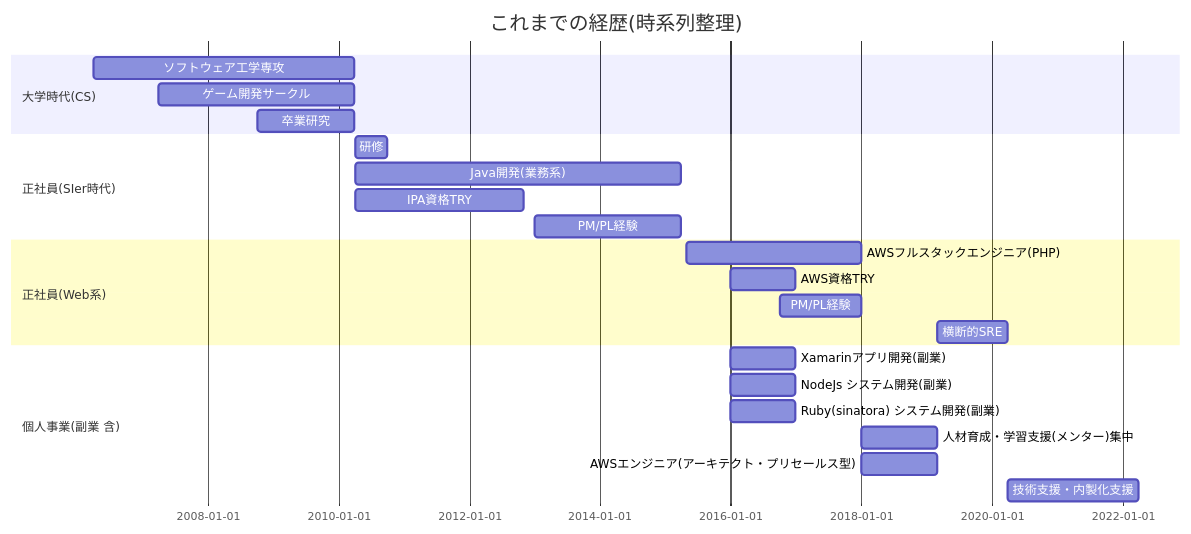
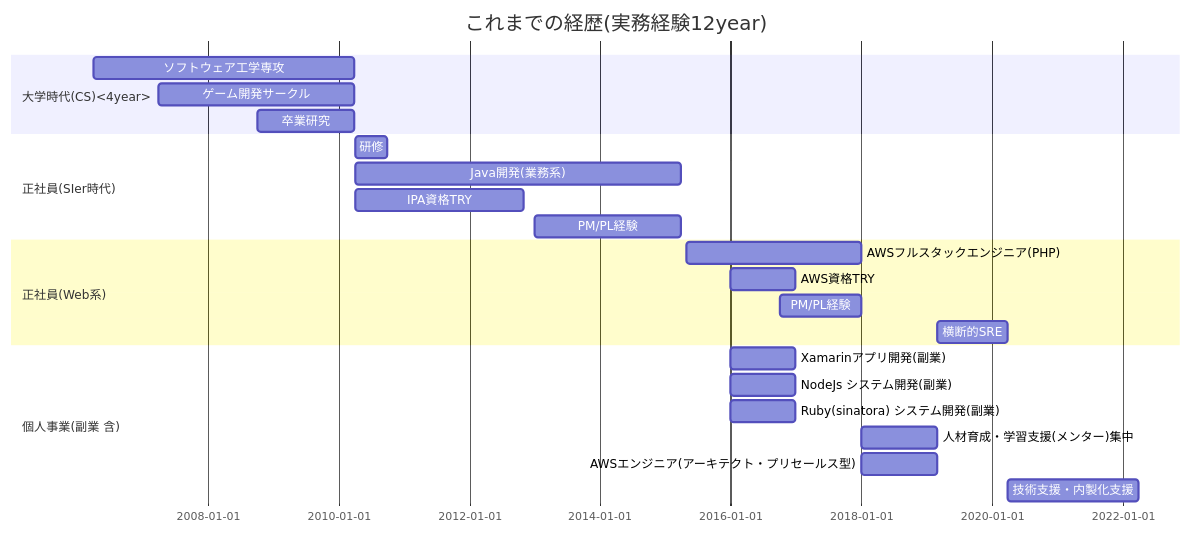
The diagram in README.md (Eigo-Mt-Fuji/portfolio-2017), drawn with Mermaid before and after one commit.

````diff
--- a/README.md
+++ b/README.md
@@ -16,30 +16,30 @@
 ```mermaid
 gantt
-    title これまでの経歴(時系列整理)
+    title これまでの経歴(実務経験12year)
     dateFormat YYYY-MM-DD
     section LOOPASS365
-    section 大学時代(CS)
+    section 大学時代(CS)<4year>
     ソフトウェア工学専攻  :a1,2006-04-01, 2010-03-31
     ゲーム開発サークル  :a2,2007-04-01, 2010-03-31
     卒業研究  :a3,2008-10-01, 2010-03-31
 
     section 正社員(SIer時代)
     研修  :b1,2010-04-01, 2010-09-30
     Java開発(業務系)  :b2,2010-04-01, 2015-03-31
     IPA資格TRY  :b3,2010-04-01, 2012-10-31
     PM/PL経験  :b4,2013-01-01, 2015-03-31
 
     section 正社員(Web系)
     AWSフルスタックエンジニア(PHP)  :c1,2015-05-01, 2017-12-31
     AWS資格TRY  :c2,2016-01-01, 2016-12-31
     PM/PL経験  :c3,2016-10-01, 2017-12-31
     横断的SRE  :c4,2019-03-01, 2020-03-31
 
     section 個人事業(副業 含)
     Xamarinアプリ開発(副業)  :d1,2016-01-01, 2016-12-31
     NodeJs システム開発(副業)  :d2,2016-01-01, 2016-12-31
     Ruby(sinatora) システム開発(副業)  :d3,2016-01-01, 2016-12-31
     人材育成・学習支援(メンター)集中    :d4 ,2018-01-01,2019-02-28
     AWSエンジニア(アーキテクト・プリセールス型)    :d5 ,2018-01-01,2019-02-28
     技術支援・内製化支援    :d6,2020-04-01,2022-03-31
 ```
````
